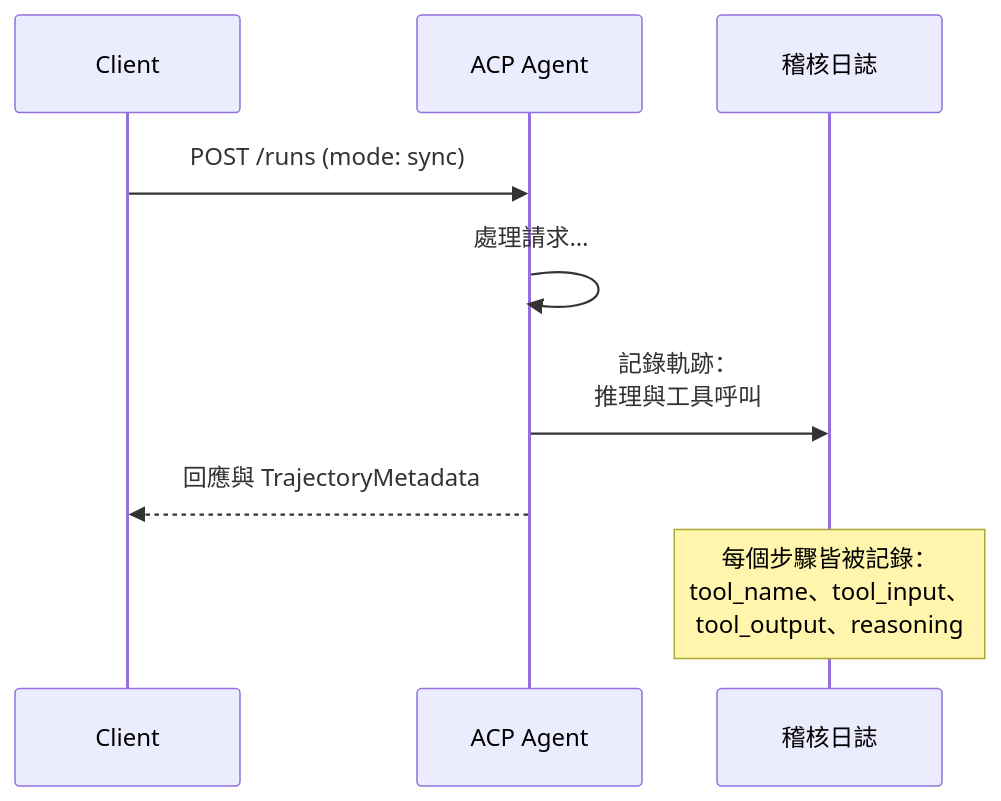
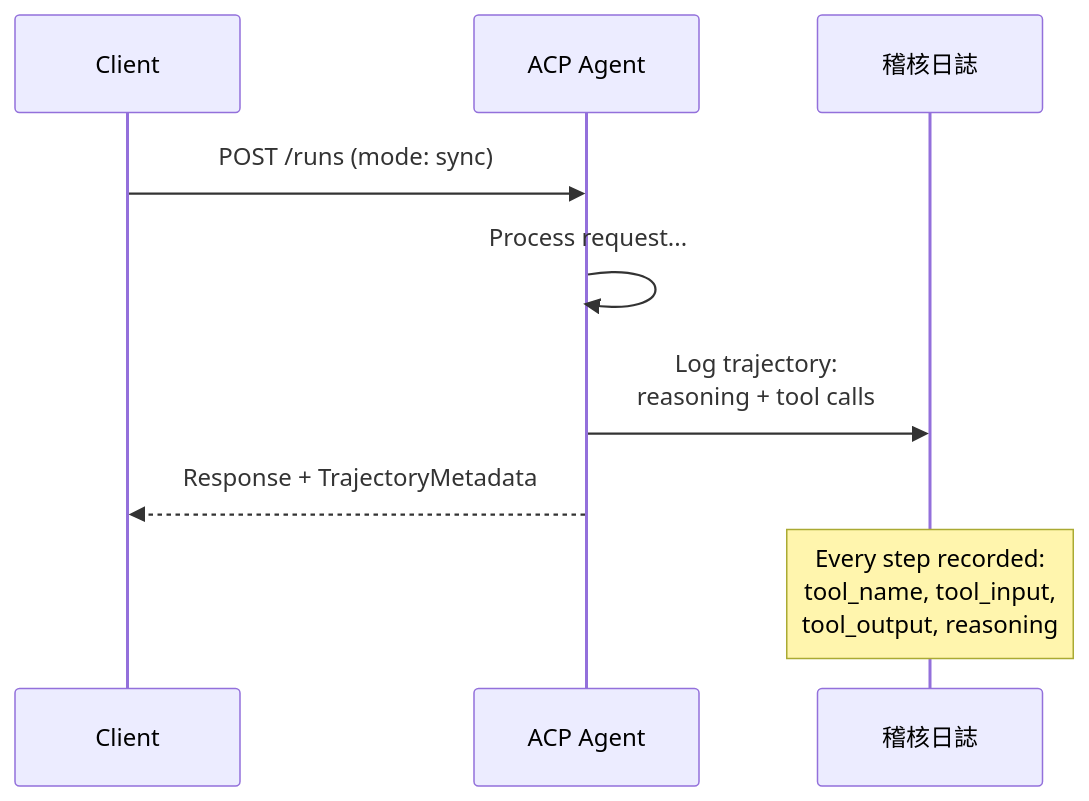
One commit to edward821220/ai-engineering-from-scratch changed the fifth of 13 diagrams in i18n/zh-TW/phases/16-multi-agent-and-swarms/03-communication-protocols/docs/zh-TW.md. Above: the diagram before and after it, drawn with Mermaid. The commit also changed other lines of this file and 3 other files, not shown here.

Commit message:
fix(i18n): zh-TW p16 checker cleanup (mermaid edges + URL spans)

````diff
--- a/i18n/zh-TW/phases/16-multi-agent-and-swarms/03-communication-protocols/docs/zh-TW.md
+++ b/i18n/zh-TW/phases/16-multi-agent-and-swarms/03-communication-protocols/docs/zh-TW.md
@@ -279,12 +279,12 @@
 ```mermaid
 sequenceDiagram
     participant Client
     participant ACP as ACP Agent
     participant Audit as 稽核日誌
 
     Client->>ACP: POST /runs (mode: sync)
-    ACP->>ACP: 處理請求…
-    ACP->>Audit: 記錄軌跡：<br/>推理與工具呼叫
-    ACP-->>Client: 回應與 TrajectoryMetadata
-    Note over Audit: 每個步驟皆被記錄：<br/>tool_name、tool_input、<br/>tool_output、reasoning
+    ACP->>ACP: Process request...
+    ACP->>Audit: Log trajectory:<br/>reasoning + tool calls
+    ACP-->>Client: Response + TrajectoryMetadata
+    Note over Audit: Every step recorded:<br/>tool_name, tool_input,<br/>tool_output, reasoning
 ```
````
